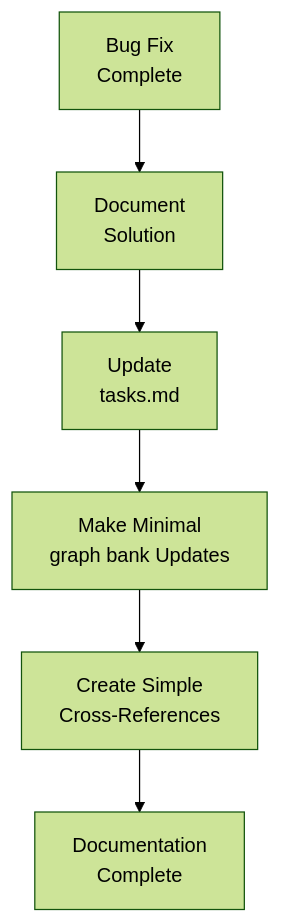
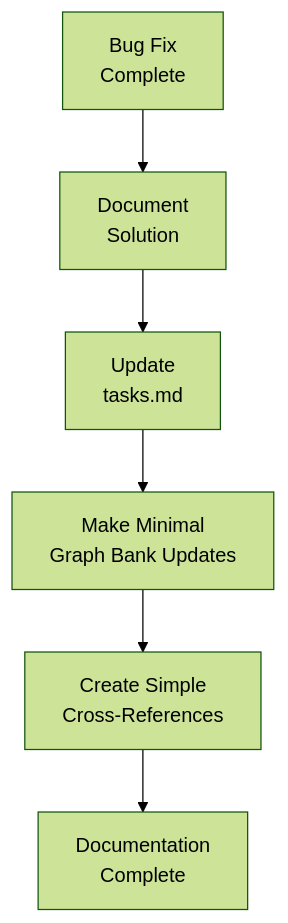
The first of 2 diagrams in .cursor/rules/isolation_rules/Level1/quick-documentation.mdc (7Spade/cursor-memory-bank), drawn with Mermaid (forest theme) before and after one commit. The commit also changed other lines of this file and 37 other files, not shown here.

Commit message:
refactor: Standardize terminology from "Memory Bank" to "Graph Bank" across all files, ensuring consistency in documentation and improving clarity in the system's architecture and processes

````diff
--- a/.cursor/rules/isolation_rules/Level1/quick-documentation.mdc
+++ b/.cursor/rules/isolation_rules/Level1/quick-documentation.mdc
@@ -13,8 +13,8 @@
 ```mermaid
 graph TD
     FixComplete["Bug Fix<br>Complete"] --> Document["Document<br>Solution"]
     Document --> UpdateTasks["Update<br>tasks.md"]
-    UpdateTasks --> MinimalUpdates["Make Minimal<br>graph bank Updates"]
+    UpdateTasks --> MinimalUpdates["Make Minimal<br>Graph Bank Updates"]
     MinimalUpdates --> CrossReference["Create Simple<br>Cross-References"]
     CrossReference --> Complete["Documentation<br>Complete"]
 ```
````
